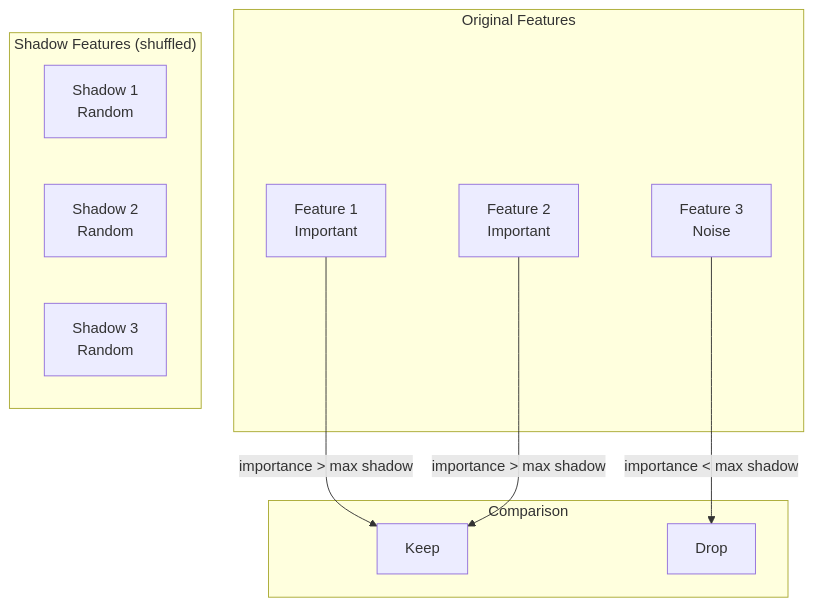
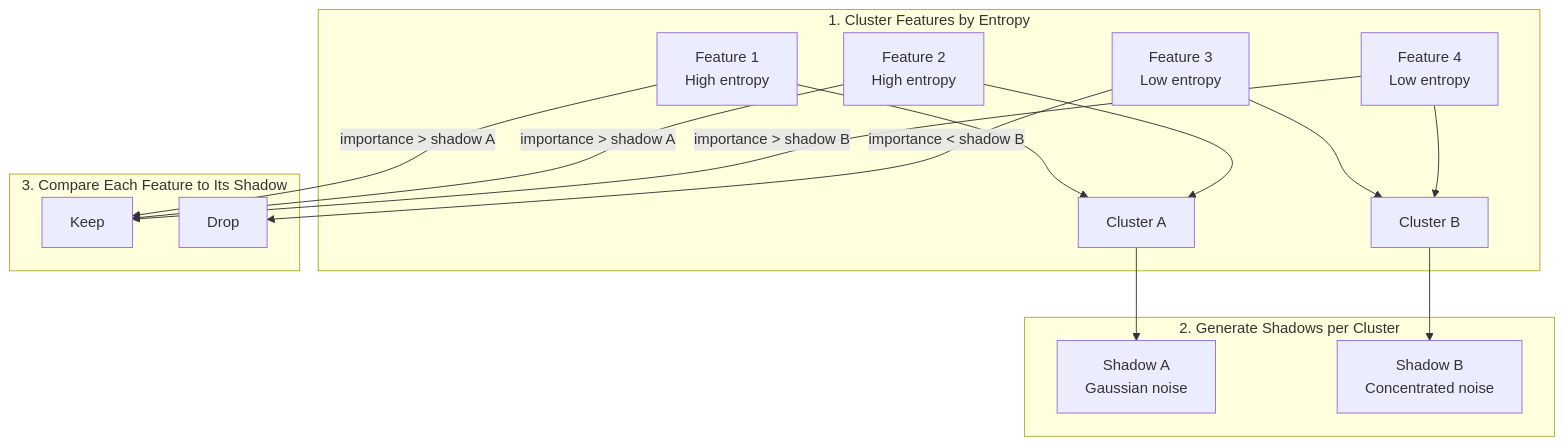
Before and after one commit to caldred/auto-sklearn: the first of 4 diagrams in docs/feature-selection.md, drawn with Mermaid. The commit also changed other lines of this file, not shown here.

First line of the commit message:
Fix shadow feature selection docs to match entropy-clustering algorithm

````diff
--- a/docs/feature-selection.md
+++ b/docs/feature-selection.md
@@ -60,20 +60,21 @@
 ```mermaid
 graph TB
-    subgraph "Original Features"
-        F1[Feature 1<br/>Important]
-        F2[Feature 2<br/>Important]
-        F3[Feature 3<br/>Noise]
+    subgraph "1. Cluster Features by Entropy"
+        F1[Feature 1<br/>High entropy] --> C1[Cluster A]
+        F2[Feature 2<br/>High entropy] --> C1
+        F3[Feature 3<br/>Low entropy] --> C2[Cluster B]
+        F4[Feature 4<br/>Low entropy] --> C2
     end
 
-    subgraph "Shadow Features (shuffled)"
-        S1[Shadow 1<br/>Random]
-        S2[Shadow 2<br/>Random]
-        S3[Shadow 3<br/>Random]
+    subgraph "2. Generate Shadows per Cluster"
+        C1 --> S1[Shadow A<br/>Gaussian noise]
+        C2 --> S2[Shadow B<br/>Concentrated noise]
     end
 
-    subgraph "Comparison"
-        F1 --> |importance > max shadow| K[Keep]
-        F2 --> |importance > max shadow| K
-        F3 --> |importance < max shadow| D[Drop]
+    subgraph "3. Compare Each Feature to Its Shadow"
+        F1 --> |importance > shadow A| K[Keep]
+        F2 --> |importance > shadow A| K
+        F3 --> |importance < shadow B| D[Drop]
+        F4 --> |importance > shadow B| K
     end
 ```
````
